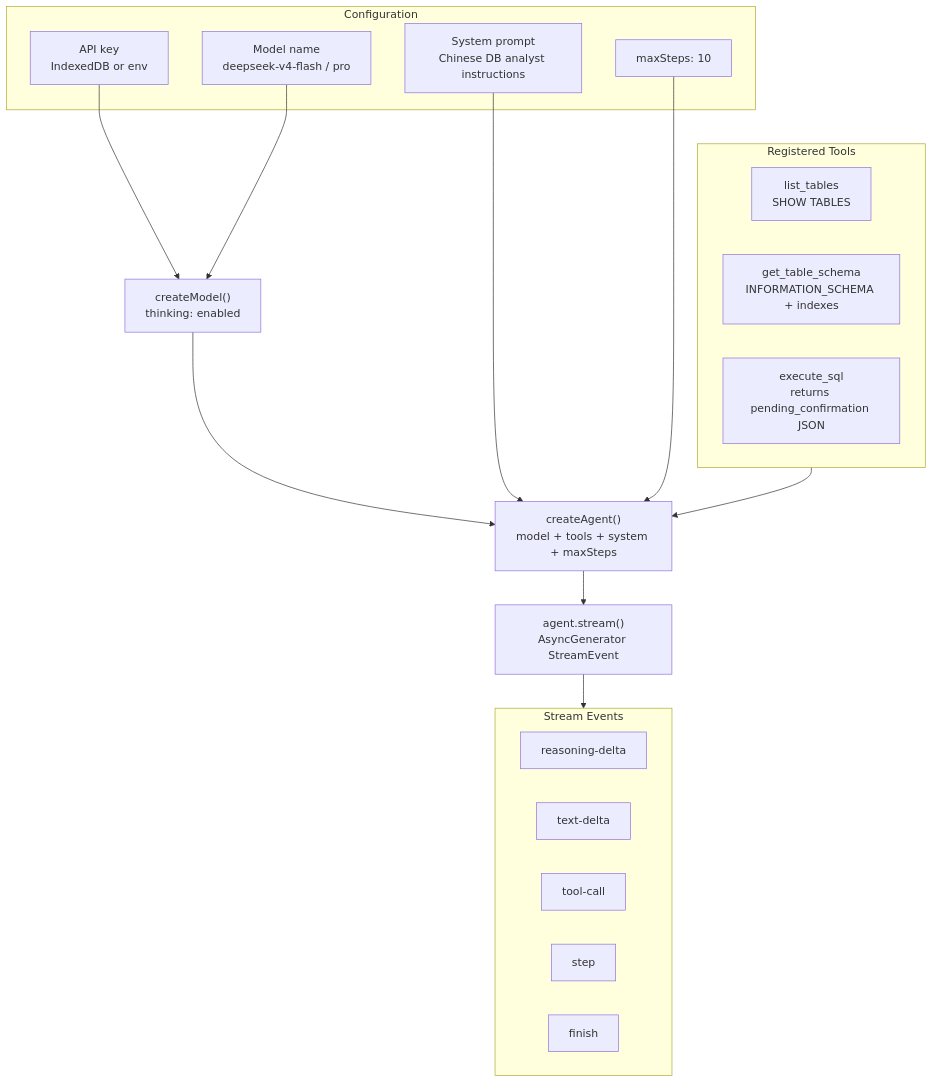
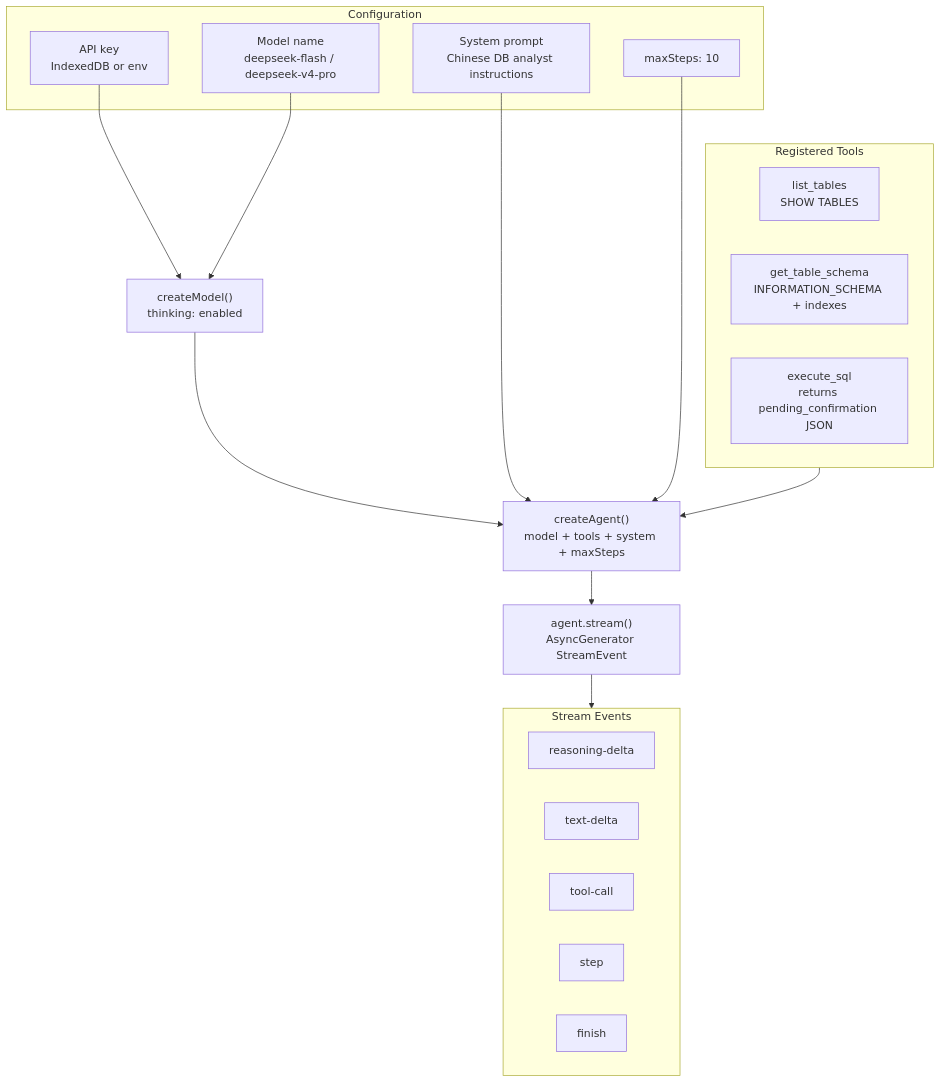
One commit to annoyc/deepseek-db-chat changed the third of 7 diagrams in docs/architecture.md. Above: the diagram before and after it, drawn with Mermaid. The commit also changed other lines of this file and 11 other files, not shown here.

First line of the commit message:
DeepSeek: fetch model list from service; default to deepseek-flash (#9)

````diff
--- a/docs/architecture.md
+++ b/docs/architecture.md
@@ -140,36 +140,36 @@
 ```mermaid
 flowchart TB
     subgraph config ["Configuration"]
         apiKey["API key<br/>IndexedDB or env"]
-        modelName["Model name<br/>deepseek-v4-flash / pro"]
+        modelName["Model name<br/>deepseek-flash / deepseek-v4-pro"]
         systemPrompt["System prompt<br/>Chinese DB analyst instructions"]
         maxSteps["maxSteps: 10"]
     end
 
     createModelFn["createModel()<br/>thinking: enabled"]
     createAgentFn["createAgent()<br/>model + tools + system + maxSteps"]
     agentStreamFn["agent.stream()<br/>AsyncGenerator StreamEvent"]
 
     subgraph tools ["Registered Tools"]
         listTables["list_tables<br/>SHOW TABLES"]
         getSchema["get_table_schema<br/>INFORMATION_SCHEMA + indexes"]
         executeSql["execute_sql<br/>returns pending_confirmation JSON"]
     end
 
     subgraph events ["Stream Events"]
         reasoningDelta["reasoning-delta"]
         textDelta["text-delta"]
         toolCall["tool-call"]
         stepEvt["step"]
         finishEvt["finish"]
     end
 
     apiKey --> createModelFn
     modelName --> createModelFn
     createModelFn --> createAgentFn
     systemPrompt --> createAgentFn
     maxSteps --> createAgentFn
     tools --> createAgentFn
     createAgentFn --> agentStreamFn
     agentStreamFn --> events
 ```
````
